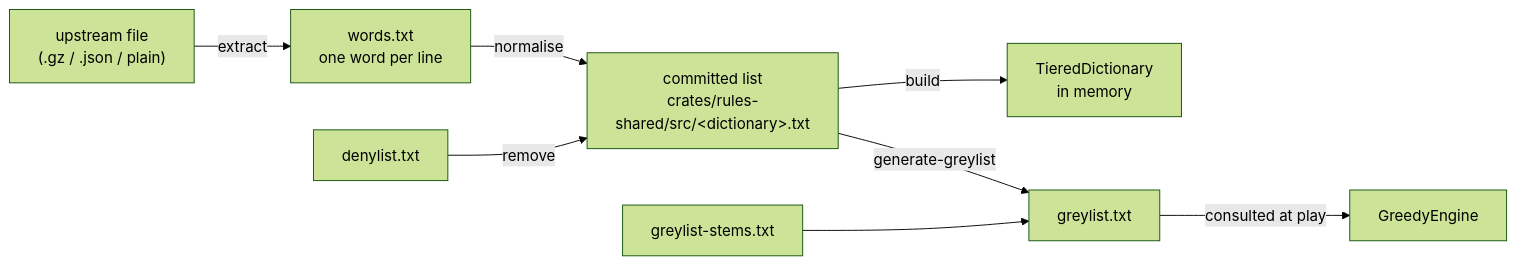
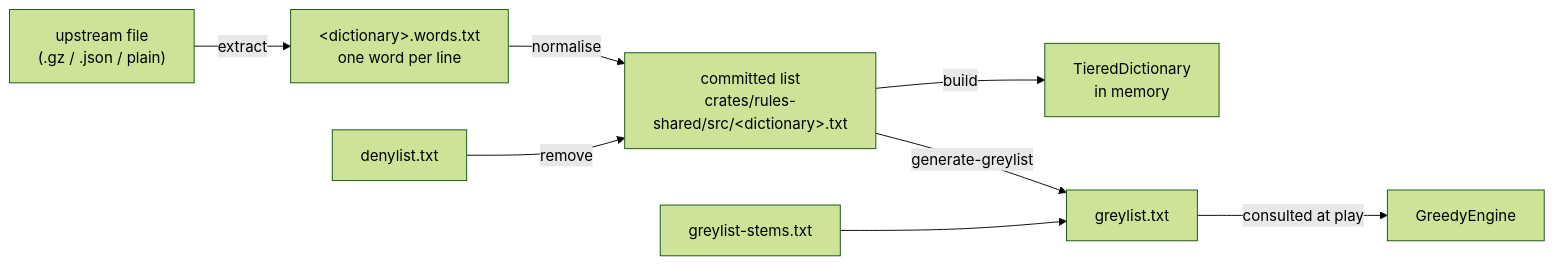
One commit to delphside/tile-lite-elite changed the diagram in docs/4.3.5-word-lists-and-dictionaries.md. Above: the diagram before and after it, drawn with Mermaid (forest theme). The commit also changed other lines of this file and 1 other file, not shown here.

First line of the commit message:
app 0.9.2 api 2.16: 4.3.5 Word lists and dictionaries, round 7 fixes

````diff
--- a/docs/4.3.5-word-lists-and-dictionaries.md
+++ b/docs/4.3.5-word-lists-and-dictionaries.md
@@ -32,10 +32,10 @@
 ```mermaid
 flowchart LR
-    U["upstream file<br/>(.gz / .json / plain)"] -->|extract| P["words.txt<br/>one word per line"]
+    U["upstream file<br/>(.gz / .json / plain)"] -->|extract| P["&lt;dictionary&gt;.words.txt<br/>one word per line"]
     P -->|normalise| C["committed list<br/>crates/rules-shared/src/&lt;dictionary&gt;.txt"]
     D["denylist.txt"] -->|remove| C
     C -->|build| T["TieredDictionary<br/>in memory"]
     C -->|generate-greylist| G["greylist.txt"]
     S["greylist-stems.txt"] --> G
     G -->|consulted at play| E["GreedyEngine"]
 ```
````
